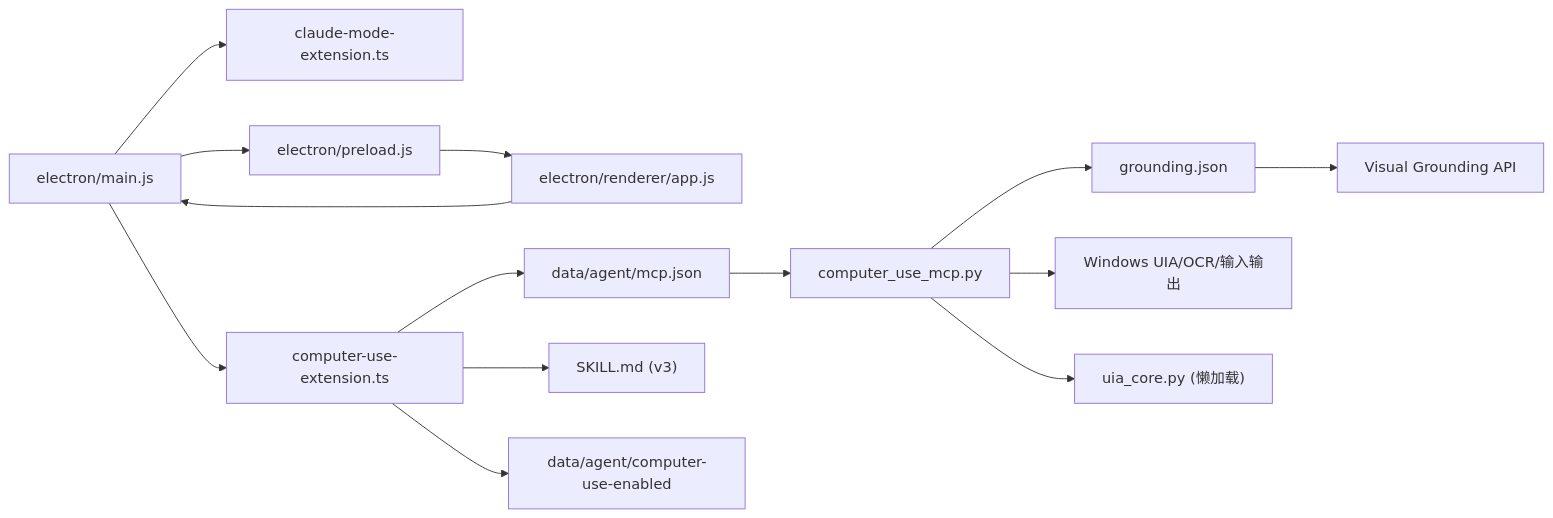
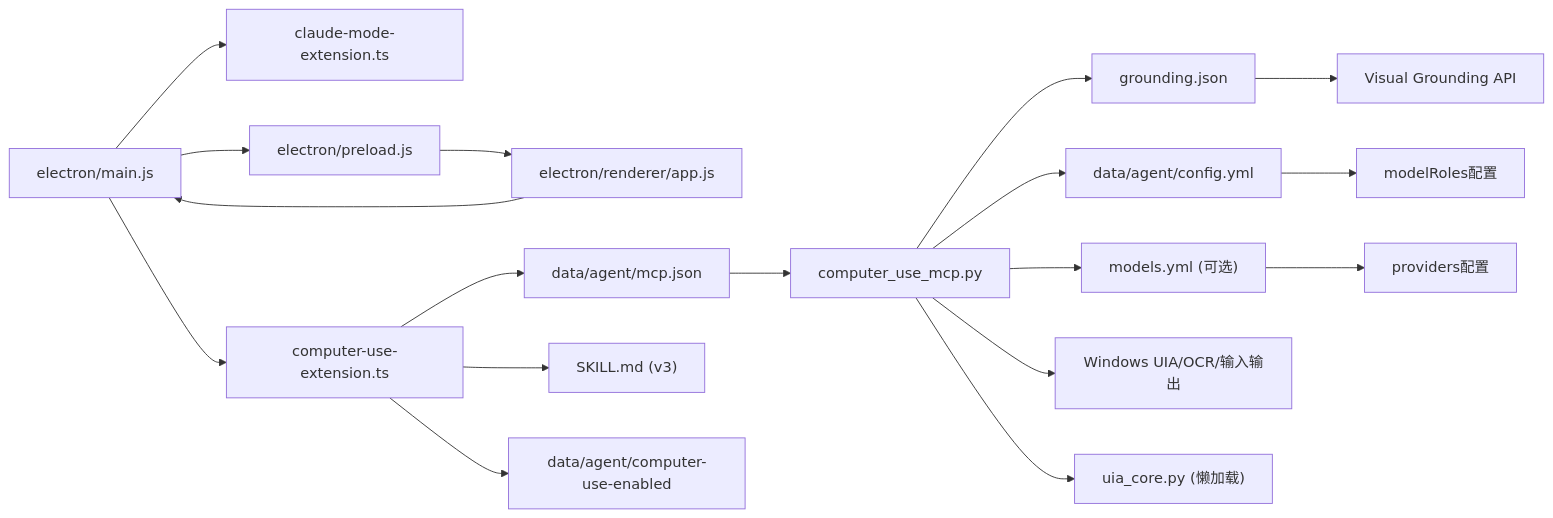
Before and after one commit to swond-Mao/Tiffa: the fourth of 4 diagrams in .qoder/repowiki/zh/content/技能系统/计算机使用技能/计算机使用技能.md, drawn with Mermaid. The commit also changed other lines of this file and 17 other files, not shown here.

````diff
--- a/.qoder/repowiki/zh/content/技能系统/计算机使用技能/计算机使用技能.md
+++ b/.qoder/repowiki/zh/content/技能系统/计算机使用技能/计算机使用技能.md
@@ -343,16 +405,20 @@
 ```mermaid
 graph LR
 MAIN["electron/main.js"] --> EXT1["claude-mode-extension.ts"]
 MAIN --> EXT2["computer-use-extension.ts"]
 MAIN --> PRELOAD["electron/preload.js"]
 PRELOAD --> RENDER["electron/renderer/app.js"]
 RENDER --> MAIN
 EXT2 --> MCPJSON["data/agent/mcp.json"]
 EXT2 --> SKILL["SKILL.md (v3)"]
 EXT2 --> MARKER["data/agent/computer-use-enabled"]
 MCPJSON --> MCPSRV["computer_use_mcp.py"]
 MCPSRV --> GROUNDING["grounding.json"]
+MCPSRV --> CONFIG["data/agent/config.yml"]
+MCPSRV --> MODELS["models.yml (可选)"]
 MCPSRV --> OS["Windows UIA/OCR/输入输出"]
 MCPSRV --> LAZY["uia_core.py (懒加载)"]
 GROUNDING --> VLM["Visual Grounding API"]
+CONFIG --> ROLES["modelRoles配置"]
+MODELS --> PROVIDERS["providers配置"]
 ```
````
